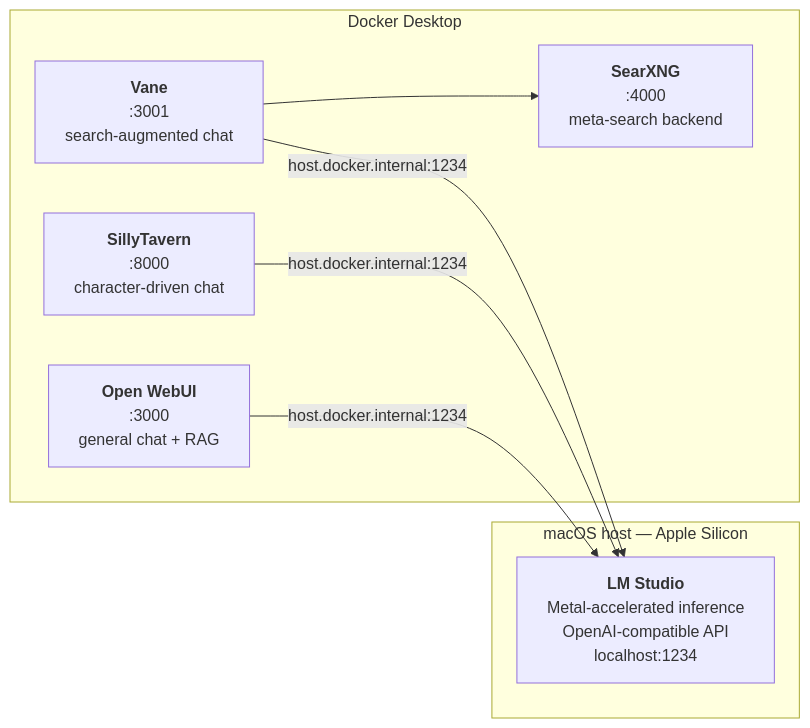
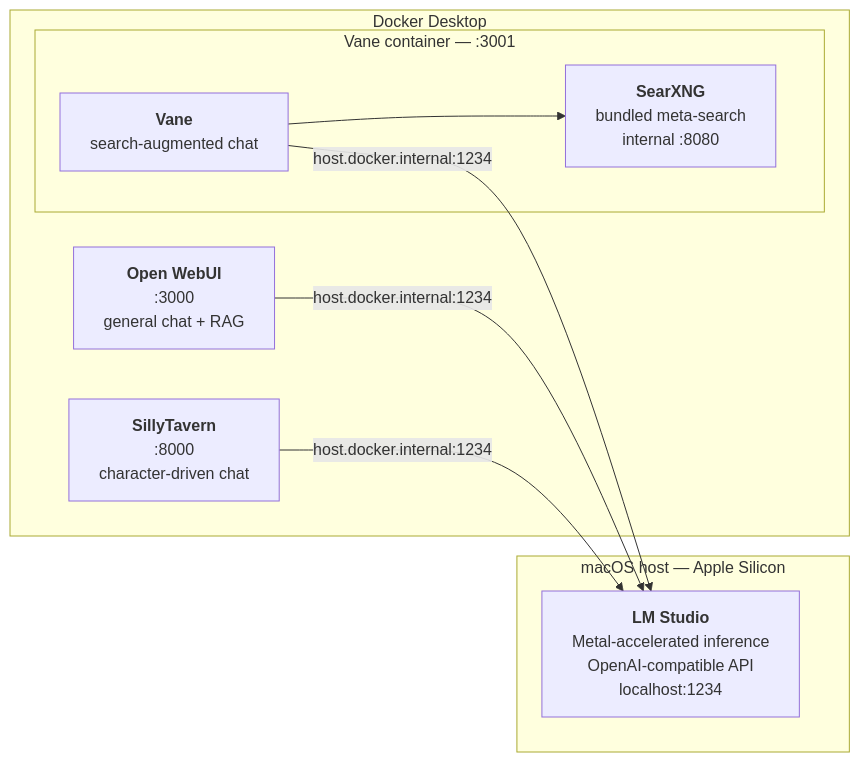
The diagram in README.md (asifulshiam/lm-studio-docker-stack), drawn with Mermaid before and after one commit. The commit also changed other lines of this file and 5 other files, not shown here.

First line of the commit message:
Add Vane section and correct the stack architecture

````diff
--- a/README.md
+++ b/README.md
@@ -11,18 +11,20 @@
 ```mermaid
 flowchart LR
     subgraph host["macOS host — Apple Silicon"]
         LMS["<b>LM Studio</b><br/>Metal-accelerated inference<br/>OpenAI-compatible API<br/>localhost:1234"]
     end
 
     subgraph docker["Docker Desktop"]
         OWUI["<b>Open WebUI</b><br/>:3000<br/>general chat + RAG"]
         ST["<b>SillyTavern</b><br/>:8000<br/>character-driven chat"]
-        VANE["<b>Vane</b><br/>:3001<br/>search-augmented chat"]
-        SEARX["<b>SearXNG</b><br/>:4000<br/>meta-search backend"]
+        subgraph vanec["Vane container — :3001"]
+            VANE["<b>Vane</b><br/>search-augmented chat"]
+            SEARX["<b>SearXNG</b><br/>bundled meta-search<br/>internal :8080"]
+        end
     end
 
     OWUI -->|host.docker.internal:1234| LMS
     ST -->|host.docker.internal:1234| LMS
     VANE -->|host.docker.internal:1234| LMS
     VANE --> SEARX
 ```
````
